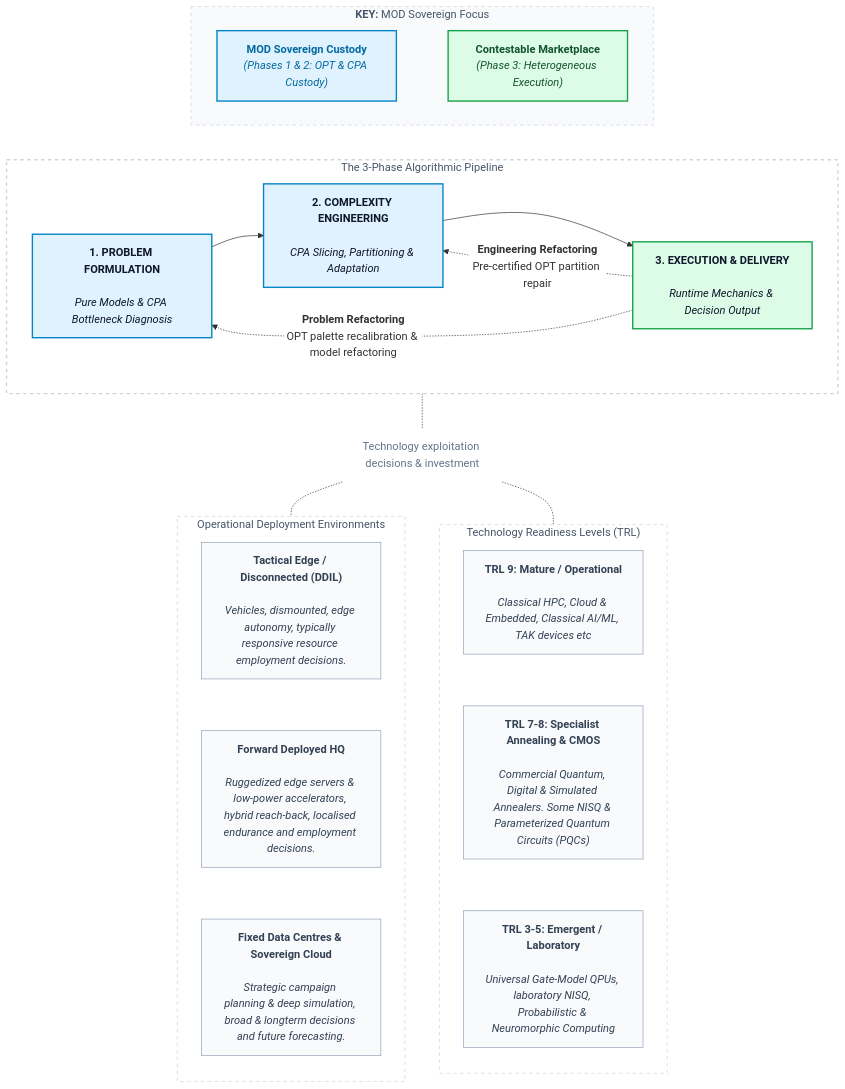
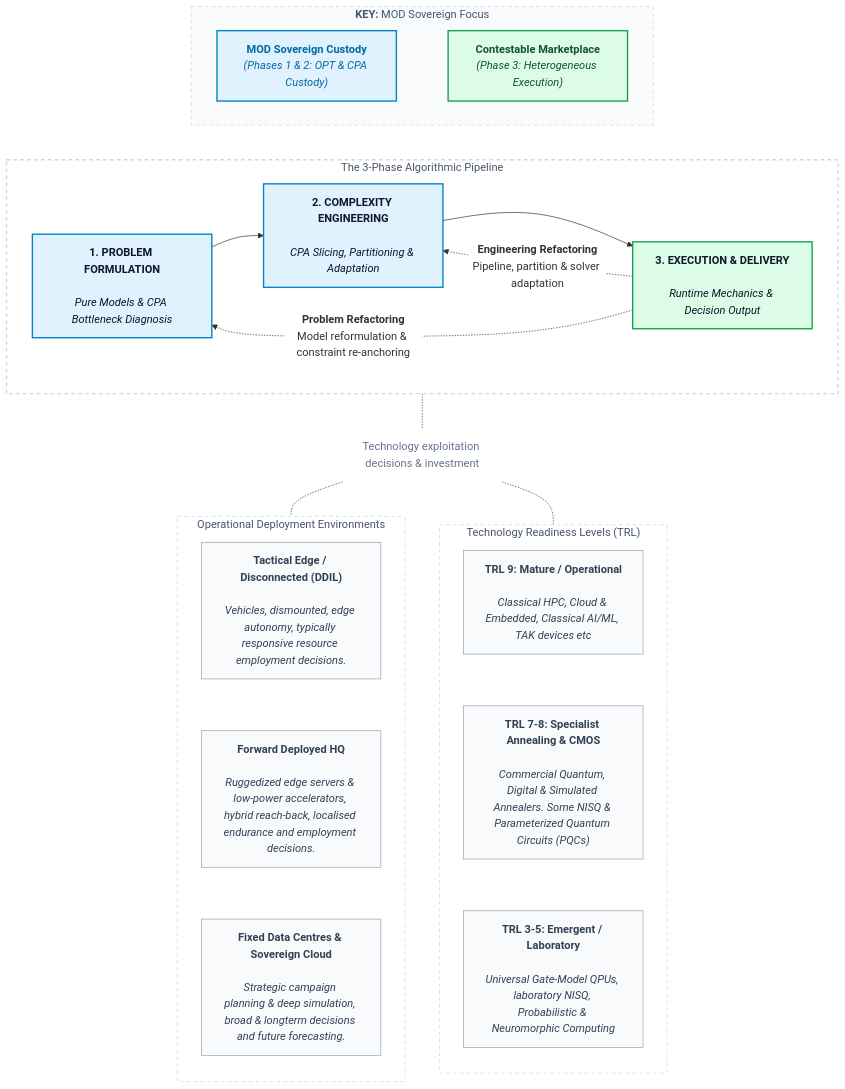
One commit to baddogdown/knowledge changed the third of 6 diagrams in quantum/The_Emergent_Algorithmic_Bridge.md. Above: the diagram before and after it, drawn with Mermaid. The commit also changed other lines of this file, not shown here.

````diff
--- a/quantum/The_Emergent_Algorithmic_Bridge.md
+++ b/quantum/The_Emergent_Algorithmic_Bridge.md
@@ -266,81 +266,81 @@
 ```mermaid
 %%{init: {'themeVariables': {'edgeLabelBackground': '#ffffff'}}}%%
 flowchart TB
 
     %% ==========================================
     %% TOP SECTION: KEY Above Pipeline for Full Width
     %% ==========================================
     subgraph KEY ["<b>KEY:</b> MOD Sovereign Focus"]
         direction LR
         K1["<b>MOD Sovereign Custody</b><br/><i>(Phases 1 & 2: OPT & CPA Custody)</i>"]
         K2["<b>Contestable Marketplace</b><br/><i>(Phase 3: Heterogeneous Execution)</i>"]
         K1 ~~~ K2
     end
 
     %% ==========================================
     %% PIPELINE SECTION: Full-Width 3-Phase Pipeline
     %% ==========================================
     subgraph PHASES ["The 3-Phase Algorithmic Pipeline"]
         direction LR
         P1["<b>1. PROBLEM FORMULATION</b><br/><br/><i>Pure Models & CPA Bottleneck Diagnosis</i>"] --> P2["<b>2. COMPLEXITY ENGINEERING</b><br/><br/><i>CPA Slicing, Partitioning & Adaptation</i>"] --> P3["<b>3. EXECUTION & DELIVERY</b><br/><br/><i>Runtime Mechanics & Decision Output</i>"]
 
-        P3 -.->|"<b>Engineering Refactoring</b><br/>Pre-certified OPT partition repair"| P2
-        P3 -.->|"<b>Problem Refactoring</b><br/>OPT palette recalibration & model refactoring"| P1
+        P3 -.->|"<b>Engineering Refactoring</b><br/>Pipeline, partition & solver adaptation"| P2
+        P3 -.->|"<b>Problem Refactoring</b><br/>Model reformulation & constraint re-anchoring"| P1
     end
 
     KEY ~~~ PHASES
 
     %% ==========================================
     %% MIDDLE SECTION: Divider 
     %% ==========================================
     DIVIDER["Technology exploitation decisions & investment"]
     PHASES -.- DIVIDER
 
     %% ==========================================
     %% BOTTOM SECTION: Side-by-Side Columns
     %% ==========================================
     subgraph TRL_AXIS ["Technology Readiness Levels (TRL)"]
         direction TB
         T1["<b>TRL 9: Mature / Operational</b><br/><br/><i>Classical HPC, Cloud & Embedded, Classical AI/ML, TAK devices etc</i>"]
         T2["<b>TRL 7-8: Specialist Annealing & CMOS</b><br/><br/><i>Commercial Quantum, Digital & Simulated Annealers. Some NISQ & Parameterized Quantum Circuits (PQCs)</i>"]
         T3["<b>TRL 3-5: Emergent / Laboratory</b><br/><br/><i>Universal Gate-Model QPUs, laboratory NISQ, Probabilistic & Neuromorphic Computing</i>"]
         T1 ~~~ T2 ~~~ T3
     end
 
     subgraph DEP_AXIS ["Operational Deployment Environments"]
         direction TB
         D1["<b>Tactical Edge / Disconnected (DDIL)</b><br/><br/><i>Vehicles, dismounted, edge autonomy, typically responsive resource employment decisions.</i>"]
         D2["<b>Forward Deployed HQ</b><br/><br/><i>Ruggedized edge servers & low-power accelerators, hybrid reach-back, localised endurance and employment decisions.</i>"]
         D3["<b>Fixed Data Centres & Sovereign Cloud</b><br/><br/><i>Strategic campaign planning & deep simulation, broad & longterm decisions and future forecasting.</i>"]
         D1 ~~~ D2 ~~~ D3
     end
 
     %% Fork to the top nodes to enforce side-by-side columns
     DIVIDER -.- T1
     DIVIDER -.- D1
 
     %% ==========================================
     %% STYLING
     %% ==========================================
     style KEY fill:#f8fafc,stroke:#cbd5e1,stroke-width:1px,stroke-dasharray: 5 5,color:#475569
     style K1 fill:#e0f2fe,stroke:#0284c7,stroke-width:2px,color:#0369a1
     style K2 fill:#dcfce7,stroke:#16a34a,stroke-width:2px,color:#14532d
 
     style PHASES fill:#ffffff,stroke:#cbd5e1,stroke-width:2px,stroke-dasharray: 5 5,color:#475569
     style P1 fill:#e0f2fe,stroke:#0284c7,stroke-width:2px,color:#0f172a
     style P2 fill:#e0f2fe,stroke:#0284c7,stroke-width:2px,color:#0f172a
     style P3 fill:#dcfce7,stroke:#16a34a,stroke-width:2px,color:#0f172a
 
     style DIVIDER fill:none,stroke:none,color:#64748b
 
     style TRL_AXIS fill:#ffffff,stroke:#cbd5e1,stroke-width:1px,stroke-dasharray: 5 5,color:#475569
     style DEP_AXIS fill:#ffffff,stroke:#cbd5e1,stroke-width:1px,stroke-dasharray: 5 5,color:#475569
 
     style T1 fill:#f8fafc,stroke:#94a3b8,stroke-width:1px,color:#334155
     style T2 fill:#f8fafc,stroke:#94a3b8,stroke-width:1px,color:#334155
     style T3 fill:#f8fafc,stroke:#94a3b8,stroke-width:1px,color:#334155
 
     style D1 fill:#f8fafc,stroke:#94a3b8,stroke-width:1px,color:#334155
     style D2 fill:#f8fafc,stroke:#94a3b8,stroke-width:1px,color:#334155
     style D3 fill:#f8fafc,stroke:#94a3b8,stroke-width:1px,color:#334155
 ```
````
